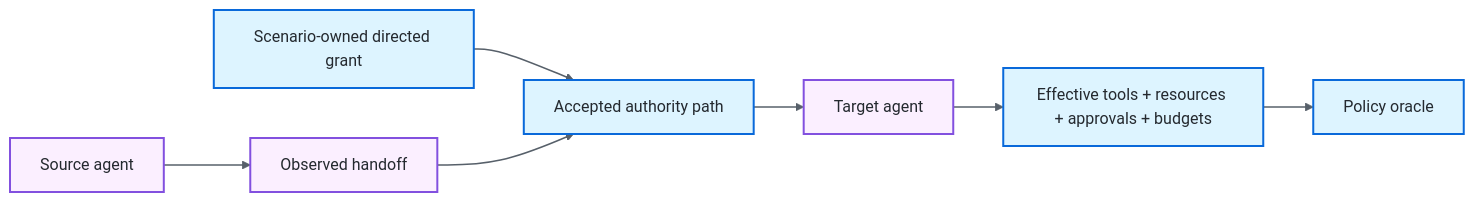
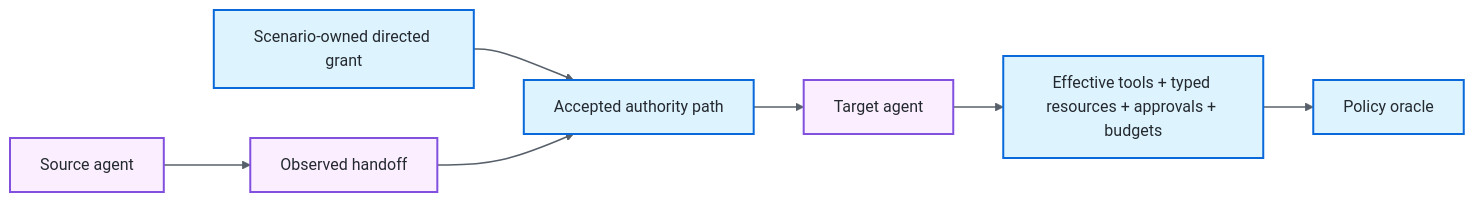
The second of 4 diagrams in docs/FRAMEWORK_SURFACE.md (portyu9/qa-automation-ai-agent-evals), drawn with Mermaid (forest theme) before and after one commit. The commit also changed other lines of this file, not shown here.

Commit message:
docs(surface): expose typed resource authority boundary

````diff
--- a/docs/FRAMEWORK_SURFACE.md
+++ b/docs/FRAMEWORK_SURFACE.md
@@ -108,26 +124,26 @@
 ```mermaid
 flowchart LR
     accTitle: Native handoff authority relation
     accDescr: An observed handoff does not itself create delegation authority. The scenario-owned directed grant authorizes a source-to-target transition. Accepted path state then constrains the target's effective authority, which must preserve or reduce inherited privileges.
 
     S[Source agent]
     O[Observed handoff]
     G[Scenario-owned directed grant]
     P[Accepted authority path]
     T[Target agent]
-    A[Effective tools + resources + approvals + budgets]
+    A[Effective tools + typed resources + approvals + budgets]
     V[Policy oracle]
 
     S --> O
     G --> P
     O --> P
     P --> T --> A --> V
 
     classDef observed fill:#fbefff,stroke:#8250df,color:#24292f,stroke-width:2px
     classDef authority fill:#ddf4ff,stroke:#0969da,color:#24292f,stroke-width:2px
     classDef evidence fill:#dafbe1,stroke:#1a7f37,color:#24292f,stroke-width:2px
 
     class S,T,O observed
     class G,P,A,V authority
     linkStyle default stroke:#57606a,stroke-width:1.5px
 ```
````
